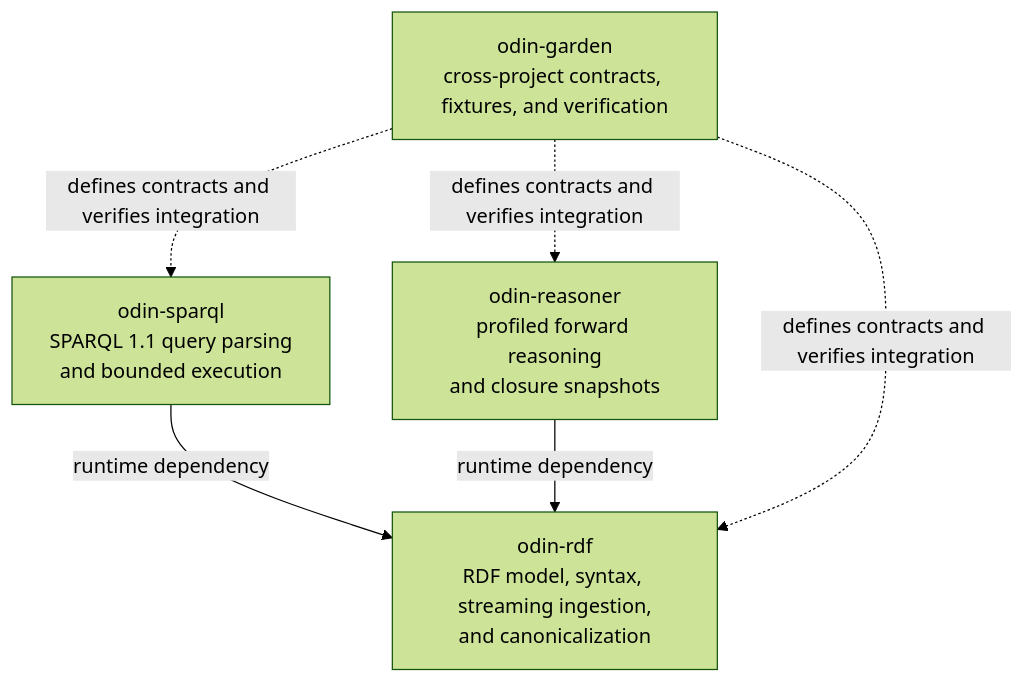
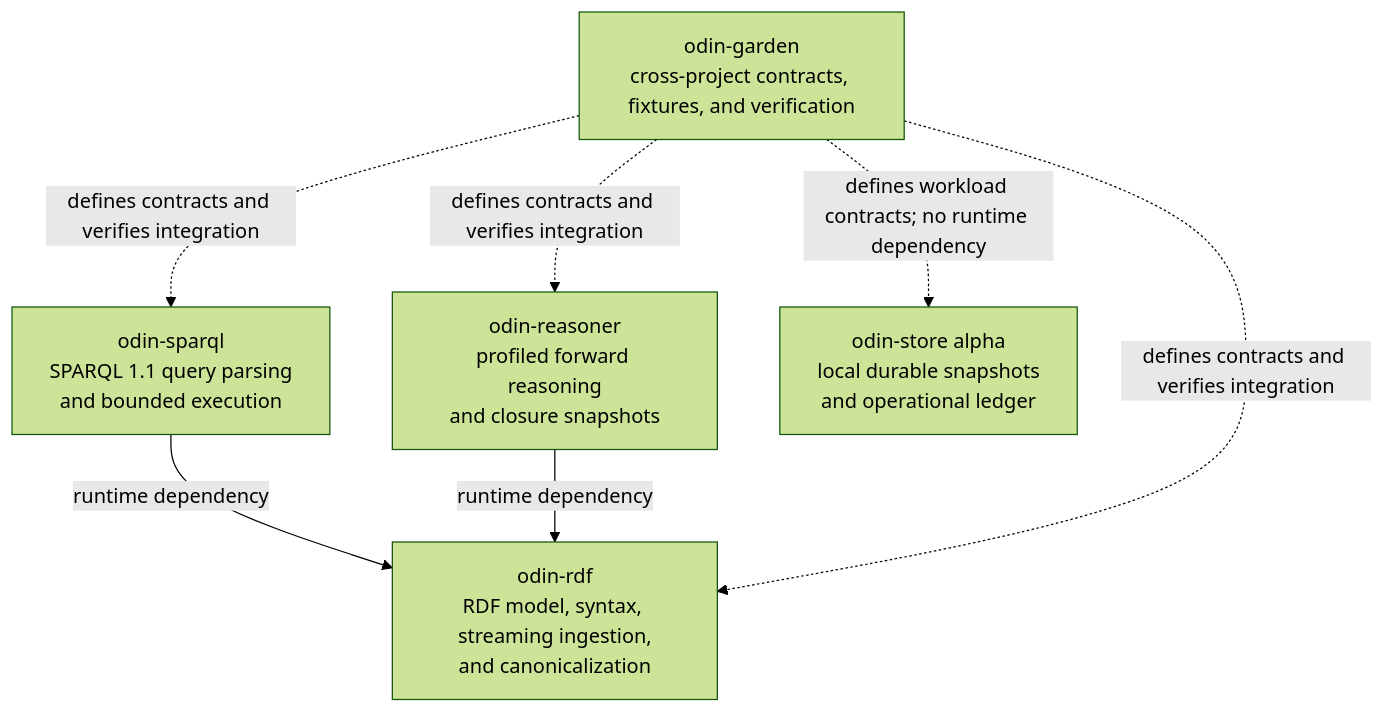
One commit to crapthings/odin-garden changed the first of 2 diagrams in README.md. Above: the diagram before and after it, drawn with Mermaid (forest theme). The commit also changed other lines of this file and 5 other files, not shown here.

Commit message:
docs: recognize independent Store alpha

````diff
--- a/README.md
+++ b/README.md
@@ -18,14 +18,16 @@
 ```mermaid
 flowchart TB
     Garden["odin-garden<br/>cross-project contracts, fixtures, and verification"]
 
     RDF["odin-rdf<br/>RDF model, syntax, streaming ingestion,<br/>and canonicalization"]
     SPARQL["odin-sparql<br/>SPARQL 1.1 query parsing<br/>and bounded execution"]
     Reasoner["odin-reasoner<br/>profiled forward reasoning<br/>and closure snapshots"]
+    Store["odin-store alpha<br/>local durable snapshots<br/>and operational ledger"]
 
     SPARQL -->|runtime dependency| RDF
     Reasoner -->|runtime dependency| RDF
     Garden -.->|defines contracts and verifies integration| RDF
     Garden -.->|defines contracts and verifies integration| SPARQL
     Garden -.->|defines contracts and verifies integration| Reasoner
+    Garden -.->|defines workload contracts; no runtime dependency| Store
 ```
````
